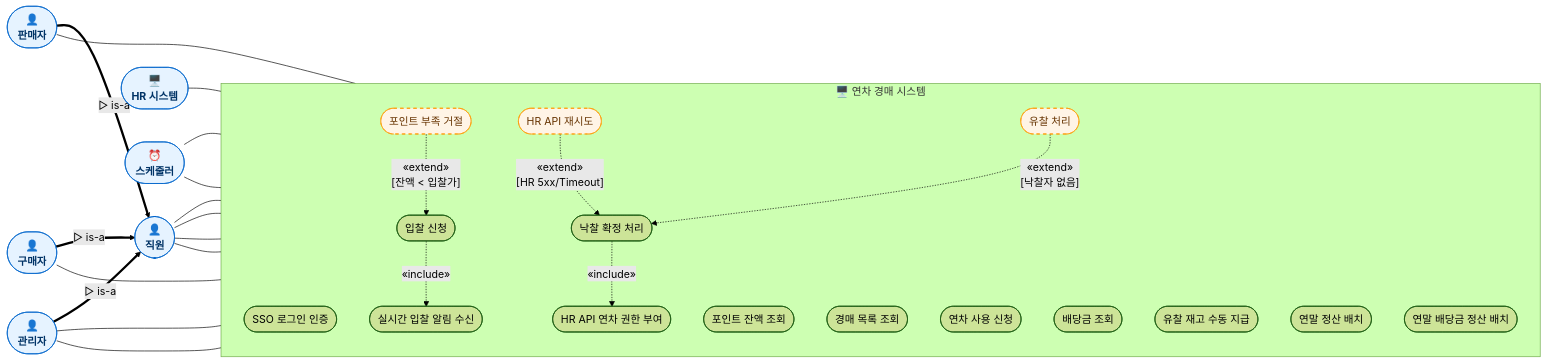
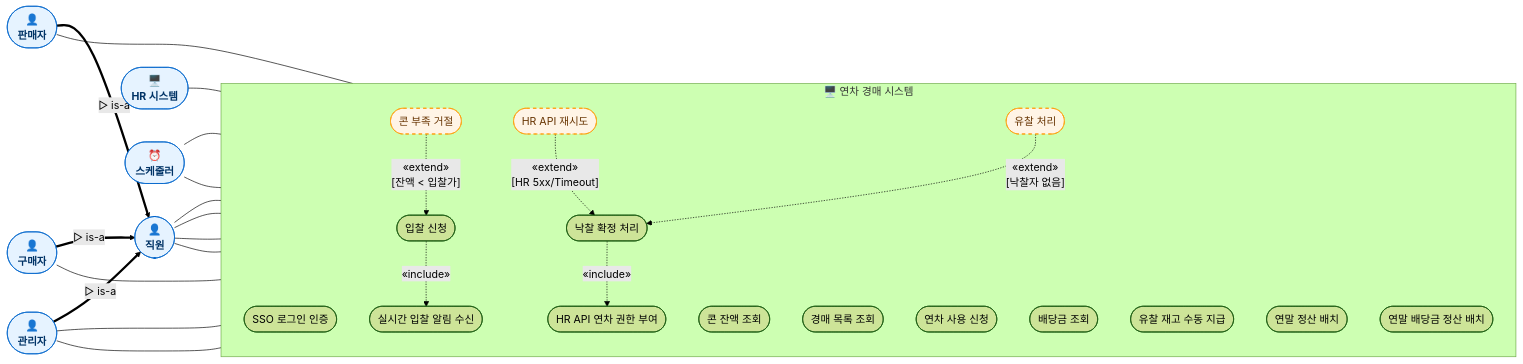
The diagram in docs/03_design/uml/01-use-case.md (R-and-J/TimesoftCone), drawn with Mermaid (forest theme) before and after one commit. The commit also changed other lines of this file and 129 other files, not shown here.

```diff
--- a/docs/03_design/uml/01-use-case.md
+++ b/docs/03_design/uml/01-use-case.md
@@ -67,7 +67,7 @@
 
     %% Base Use Cases (직원 공통)
     UC1(["SSO 로그인 인증"])
-    UC2(["포인트 잔액 조회"])
+    UC2(["콘 잔액 조회"])
     UC3(["경매 목록 조회"])
     UC8(["연차 사용 신청"])
 
@@ -90,7 +90,7 @@
     UC11(["연말 배당금 정산 배치"])
 
     %% Extension Use Cases (조건부)
-    EXT1(["포인트 부족 거절"]):::extend
+    EXT1(["콘 부족 거절"]):::extend
     EXT2(["HR API 재시도"]):::extend
     EXT3(["유찰 처리"]):::extend
 
```
